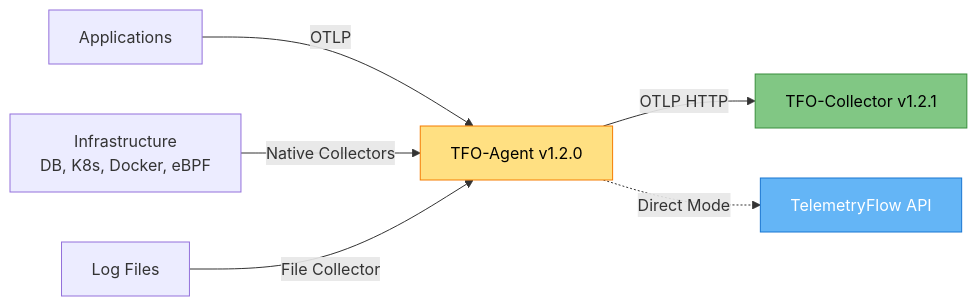
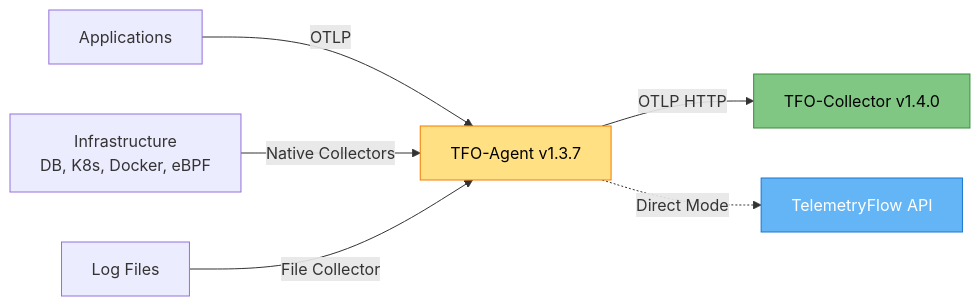
Before and after one commit to telemetryflow/telemetryflow-overview: the first of 4 diagrams in tfo-otel/TFO-OTEL-AGENT.md, drawn with Mermaid. The commit also changed other lines of this file and 11 other files, not shown here.

First line of the commit message:
docs: update component versions to latest (agent/collector/platform/OTel)

````diff
--- a/tfo-otel/TFO-OTEL-AGENT.md
+++ b/tfo-otel/TFO-OTEL-AGENT.md
@@ -46,13 +46,13 @@
 ```mermaid
 graph LR
-    APP[Applications] -->|OTLP| AGENT[TFO-Agent v1.2.0]
+    APP[Applications] -->|OTLP| AGENT[TFO-Agent v1.3.7]
     INFRA[Infrastructure<br/>DB, K8s, Docker, eBPF] -->|Native Collectors| AGENT
     LOGS[Log Files] -->|File Collector| AGENT
 
-    AGENT -->|OTLP HTTP| COLLECTOR[TFO-Collector v1.2.1]
+    AGENT -->|OTLP HTTP| COLLECTOR[TFO-Collector v1.4.0]
     AGENT -.->|Direct Mode| TFO[TelemetryFlow API]
 
     style AGENT fill:#FFE082,stroke:#F57C00,color:#000
     style COLLECTOR fill:#81C784,stroke:#388E3C,color:#000
     style TFO fill:#64B5F6,stroke:#1976D2,color:#fff
 ```
````
